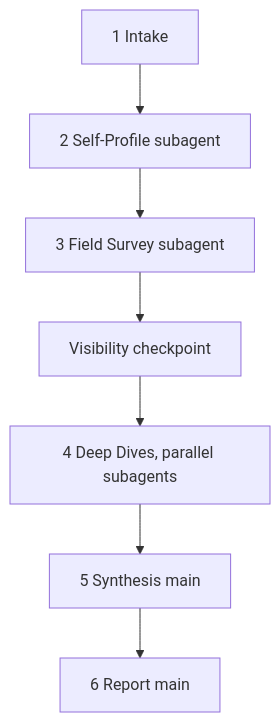
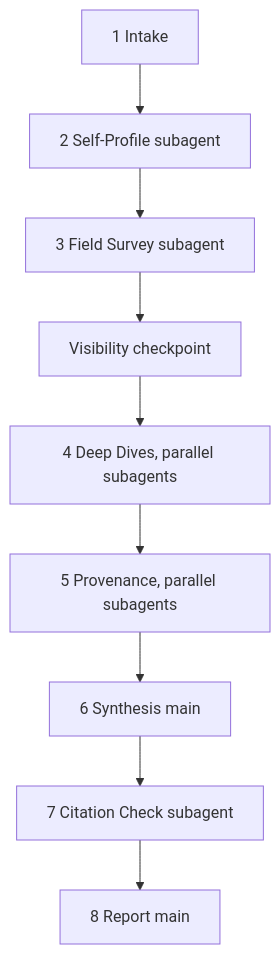
One commit to cppalliance/tools-public changed the diagram in tools/what-to-steal.md. Above: the diagram before and after it, drawn with Mermaid. The commit also changed other lines of this file, not shown here.

Commit message:
what-to-steal v2: replace the authorship gate with per-idiom provenance tags, add a pre-AI rewind comparison and a citation check against pinned commits, demote popularity to a tiebreaker

````diff
--- a/tools/what-to-steal.md
+++ b/tools/what-to-steal.md
@@ -21,9 +22,11 @@
 ```mermaid
 flowchart TD
     S1[1 Intake] --> S2[2 Self-Profile subagent]
     S2 --> S3[3 Field Survey subagent]
     S3 --> CP[Visibility checkpoint]
     CP --> S4["4 Deep Dives, parallel subagents"]
-    S4 --> S5[5 Synthesis main]
-    S5 --> S6[6 Report main]
+    S4 --> S5["5 Provenance, parallel subagents"]
+    S5 --> S6[6 Synthesis main]
+    S6 --> S7[7 Citation Check subagent]
+    S7 --> S8[8 Report main]
 ```
````
